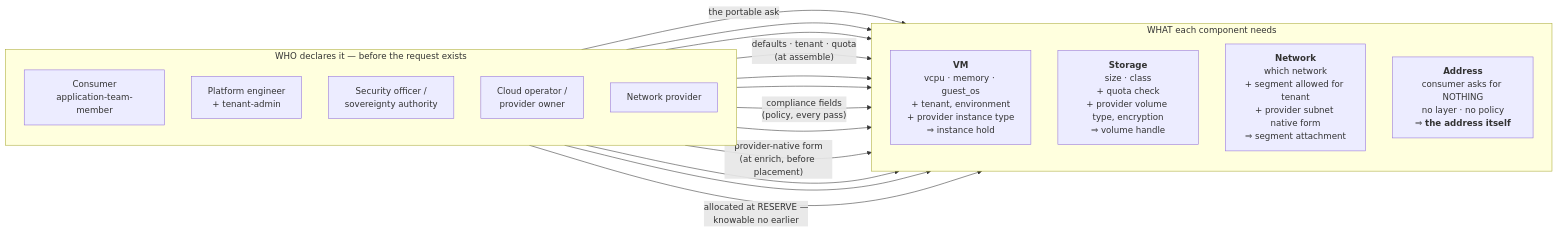
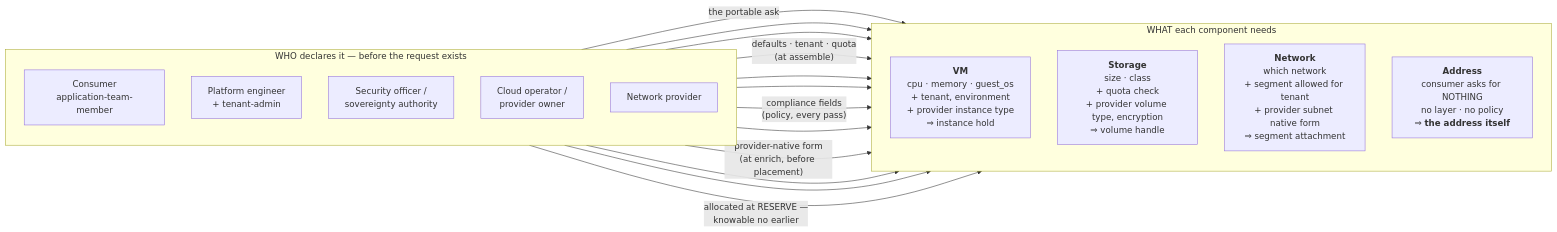
One commit to croadfeldt/udlm changed the second of 2 diagrams in docs/flows/request-realization.md. Above: the diagram before and after it, drawn with Mermaid. The commit also changed other lines of this file and 52 other files, not shown here.

First line of the commit message:
docs: bring the surface docs, schema descriptions and examples in line with ADR-082 and the class names

````diff
--- a/docs/flows/request-realization.md
+++ b/docs/flows/request-realization.md
@@ -237,32 +237,32 @@
 ```mermaid
 flowchart LR
   subgraph WHO["WHO declares it — before the request exists"]
     direction TB
     CONS["Consumer<br/>application-team-member"]
     PLAT["Platform engineer<br/>+ tenant-admin"]
     SEC["Security officer /<br/>sovereignty authority"]
     PROV["Cloud operator /<br/>provider owner"]
     NETP["Network provider"]
   end
 
   subgraph WHAT["WHAT each component needs"]
     direction TB
-    CVM["<b>VM</b><br/>vcpu · memory · guest_os<br/>+ tenant, environment<br/>+ provider instance type<br/>⇒ instance hold"]
+    CVM["<b>VM</b><br/>cpu · memory · guest_os<br/>+ tenant, environment<br/>+ provider instance type<br/>⇒ instance hold"]
     CST["<b>Storage</b><br/>size · class<br/>+ quota check<br/>+ provider volume type, encryption<br/>⇒ volume handle"]
     CNW["<b>Network</b><br/>which network<br/>+ segment allowed for tenant<br/>+ provider subnet native form<br/>⇒ segment attachment"]
     CIP["<b>Address</b><br/>consumer asks for NOTHING<br/>no layer · no policy<br/>⇒ <b>the address itself</b>"]
   end
 
   CONS -->|"the portable ask"| CVM
   CONS --> CST
   CONS --> CNW
   PLAT -->|"defaults · tenant · quota<br/>(at assemble)"| CVM
   PLAT --> CST
   PLAT --> CNW
   SEC -->|"compliance fields<br/>(policy, every pass)"| CVM
   SEC --> CST
   PROV -->|"provider-native form<br/>(at enrich, before placement)"| CVM
   PROV --> CST
   PROV --> CNW
   NETP -->|"allocated at RESERVE —<br/>knowable no earlier"| CIP
 ```
````
